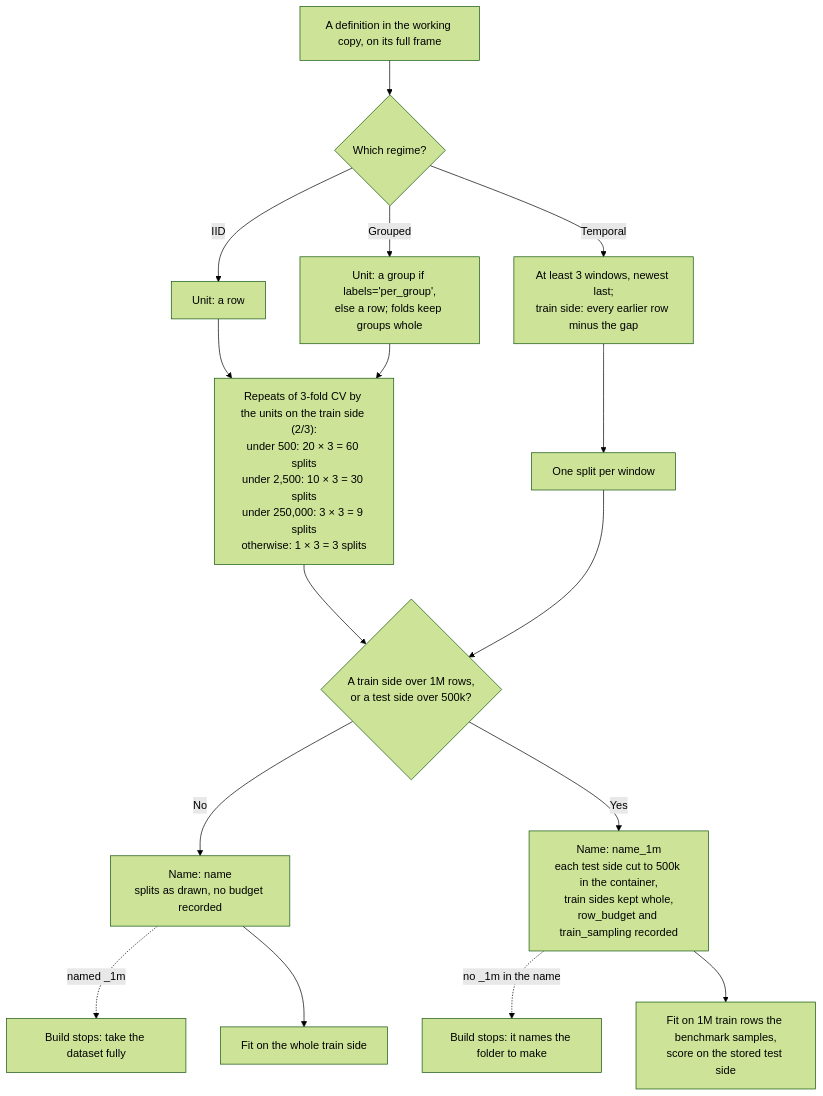
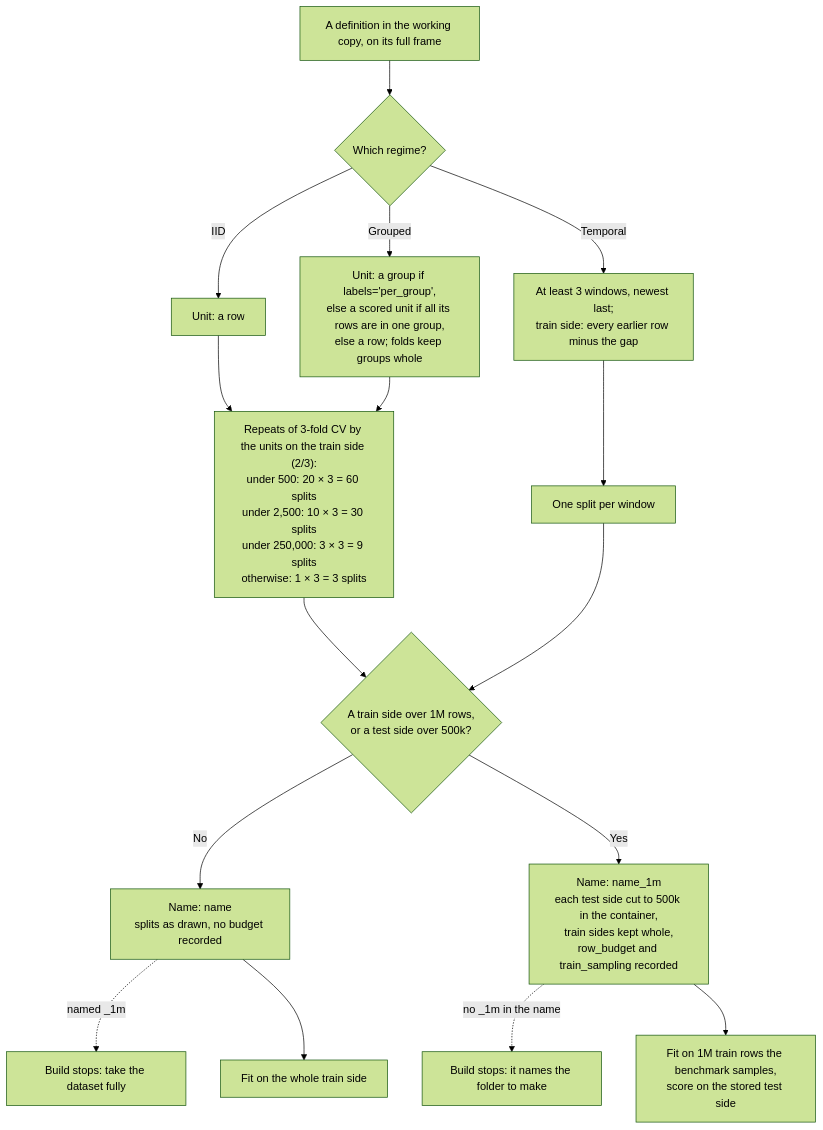
Before and after one commit to TabArena/data-foundry: the first of 2 diagrams in .claude/skills/knowledge-data-foundry/references/split_protocol.md, drawn with Mermaid (forest theme). The commit also changed other lines of this file and 19 other files, not shown here.

````diff
--- a/.claude/skills/knowledge-data-foundry/references/split_protocol.md
+++ b/.claude/skills/knowledge-data-foundry/references/split_protocol.md
@@ -23,18 +24,18 @@
 ```mermaid
 flowchart TD
     A["A definition in the working copy, on its full frame"] --> Q1{"Which regime?"}
     Q1 -->|IID| U1["Unit: a row"]
-    Q1 -->|Grouped| U2["Unit: a group if labels='per_group',<br/>else a row; folds keep groups whole"]
+    Q1 -->|Grouped| U2["Unit: a group if labels='per_group',<br/>else a scored unit if all its rows are in one group,<br/>else a row; folds keep groups whole"]
     Q1 -->|Temporal| W["At least 3 windows, newest last;<br/>train side: every earlier row minus the gap"]
     U1 --> R["Repeats of 3-fold CV by the units on the train side (2/3):<br/>under 500: 20 × 3 = 60 splits<br/>under 2,500: 10 × 3 = 30 splits<br/>under 250,000: 3 × 3 = 9 splits<br/>otherwise: 1 × 3 = 3 splits"]
     U2 --> R
     W --> S["One split per window"]
     R --> Q2{"A train side over 1M rows,<br/>or a test side over 500k?"}
     S --> Q2
     Q2 -->|No| N["Name: name<br/>splits as drawn, no budget recorded"]
     Q2 -->|Yes| Y["Name: name_1m<br/>each test side cut to 500k in the container,<br/>train sides kept whole,<br/>row_budget and train_sampling recorded"]
     N -.->|"named _1m"| E1["Build stops: take the dataset fully"]
     Y -.->|"no _1m in the name"| E2["Build stops: it names the folder to make"]
     N --> F1["Fit on the whole train side"]
     Y --> F2["Fit on 1M train rows the benchmark samples,<br/>score on the stored test side"]
 ```
````
